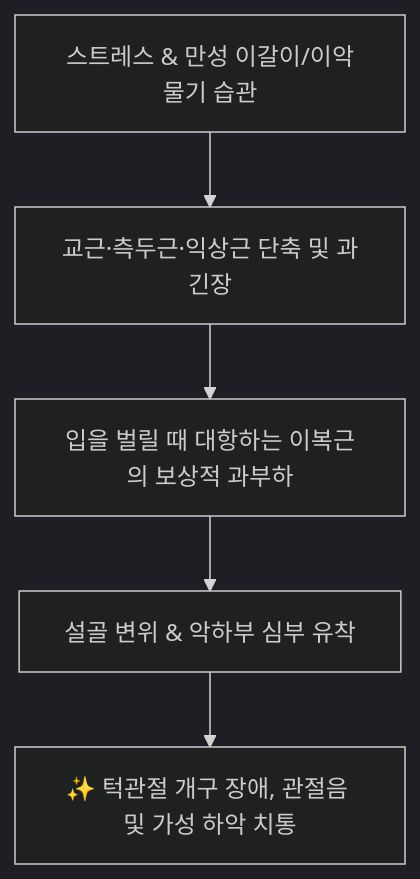
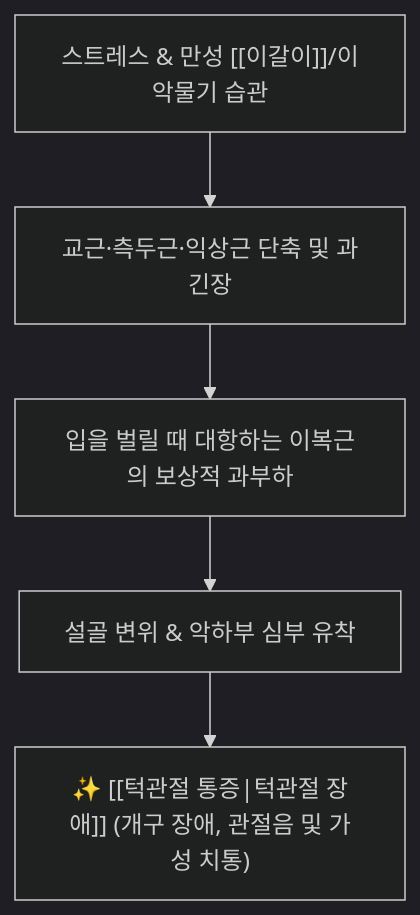
Before and after one commit to simbio11/simbio-digital-garden2: the second of 3 diagrams in content/1. 근골격계 공부/근육/(2) 경부/이복근.md, drawn with Mermaid (dark theme). The commit also changed other lines of this file and 150 other files, not shown here.

````diff
--- a/content/1. 근골격계 공부/근육/(2) 경부/이복근.md
+++ b/content/1. 근골격계 공부/근육/(2) 경부/이복근.md
@@ -53,7 +64,7 @@
 ```mermaid
 graph TD
-    StressBruxism["스트레스 & 만성 이갈이/이악물기 습관"] --> MasseterSpasm["교근·측두근·익상근 단축 및 과긴장"]
+    StressBruxism["스트레스 & 만성 [[이갈이]]/이악물기 습관"] --> MasseterSpasm["교근·측두근·익상근 단축 및 과긴장"]
     MasseterSpasm --> DigastricOveruse["입을 벌릴 때 대항하는 이복근의 보상적 과부하"]
     DigastricOveruse --> HyoidDisplacement["설골 변위 & 악하부 심부 유착"]
-    HyoidDisplacement --> TMJ_Dysfunction["✨ 턱관절 개구 장애, 관절음 및 가성 하악 치통"]
+    HyoidDisplacement --> TMJ_Dysfunction["✨ [[턱관절 통증|턱관절 장애]] (개구 장애, 관절음 및 가성 치통)"]
 ```
````
